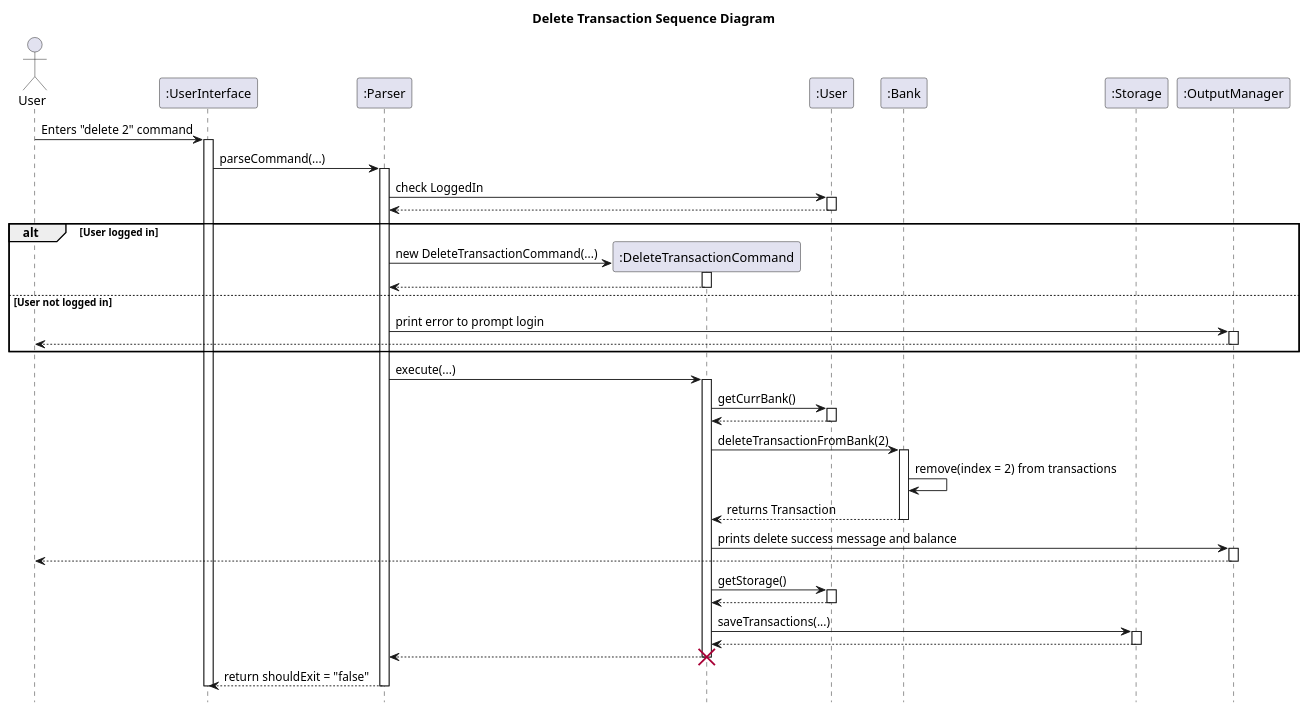
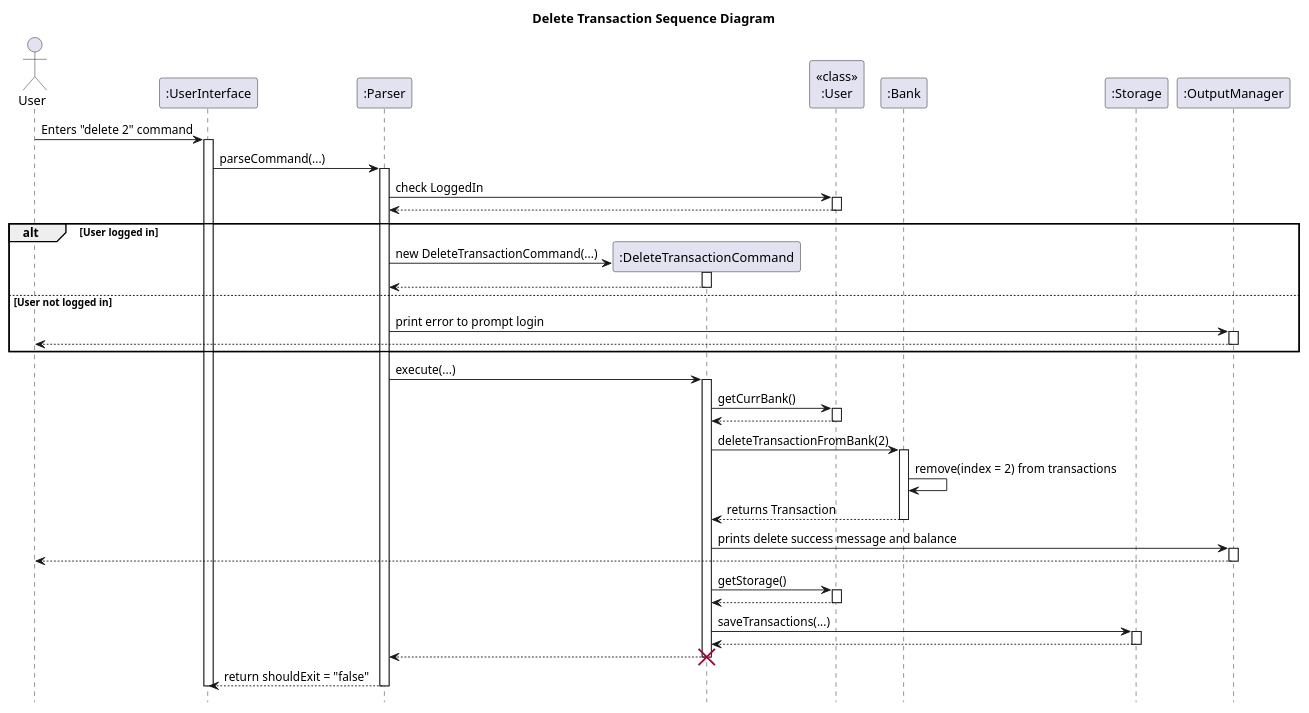
The diagram in docs/team/CommandFeature/deleteCommand/deleteCommand.puml (AY2526S1-CS2113-W10-2/tp), drawn with PlantUML before and after one commit. The commit also changed 11 other files, not shown here.

```diff
--- a/docs/team/CommandFeature/deleteCommand/deleteCommand.puml
+++ b/docs/team/CommandFeature/deleteCommand/deleteCommand.puml
@@ -1,79 +1,79 @@
 @startuml
 'https://plantuml.com/sequence-diagram
 
 hide footbox
 actor User as U
 
 participant ":UserInterface" as UserInterface
 participant ":Parser" as Parser
 participant ":DeleteTransactionCommand" as DeleteTransactionCommand
-participant ":User" as User
+participant "<<class>>\n:User" as User
 participant ":Bank" as Bank
 participant ":Storage" as Storage
 participant ":OutputManager" as OutputManager
 
 
 title Delete Transaction Sequence Diagram
 
 
 U -> UserInterface : Enters "delete 2" command
 activate UserInterface
 
 UserInterface -> Parser : parseCommand(...)
 activate Parser
 
 Parser -> User : check LoggedIn
 activate User
 
 User --> Parser
 deactivate User
 
 alt User logged in
     create DeleteTransactionCommand
     Parser -> DeleteTransactionCommand: new DeleteTransactionCommand(...)
     activate DeleteTransactionCommand
     DeleteTransactionCommand --> Parser
     deactivate DeleteTransactionCommand
 
 else User not logged in
 
     Parser -> OutputManager : print error to prompt login
     activate OutputManager
     OutputManager --> U
     deactivate OutputManager
 end
 
 Parser -> DeleteTransactionCommand : execute(...)
     activate DeleteTransactionCommand
 
     DeleteTransactionCommand -> User : getCurrBank()
     activate User
     User --> DeleteTransactionCommand
     deactivate User
     DeleteTransactionCommand -> Bank : deleteTransactionFromBank(2)
     activate Bank
 
     Bank -> Bank : remove(index = 2) from transactions
     Bank --> DeleteTransactionCommand: returns Transaction
     deactivate Bank
 
     DeleteTransactionCommand -> OutputManager : prints delete success message and balance
     activate OutputManager
     OutputManager --> U
     deactivate OutputManager
     DeleteTransactionCommand -> User : getStorage()
     activate User
     User --> DeleteTransactionCommand
     deactivate User
     DeleteTransactionCommand -> Storage : saveTransactions(...)
     activate Storage
     Storage --> DeleteTransactionCommand
     deactivate Storage
     DeleteTransactionCommand --> Parser
     destroy DeleteTransactionCommand
 
 Parser --> UserInterface : return shouldExit = "false"
 deactivate Parser
 deactivate UserInterface
 
 @enduml
```
